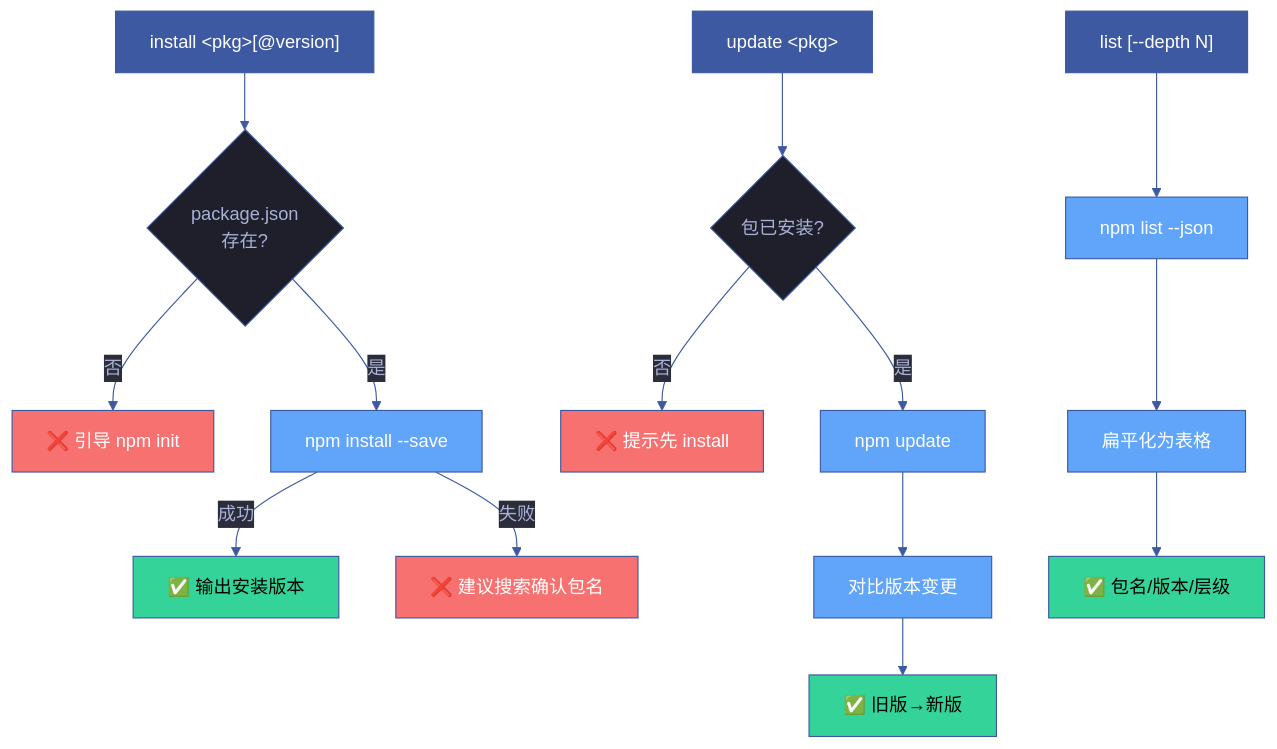
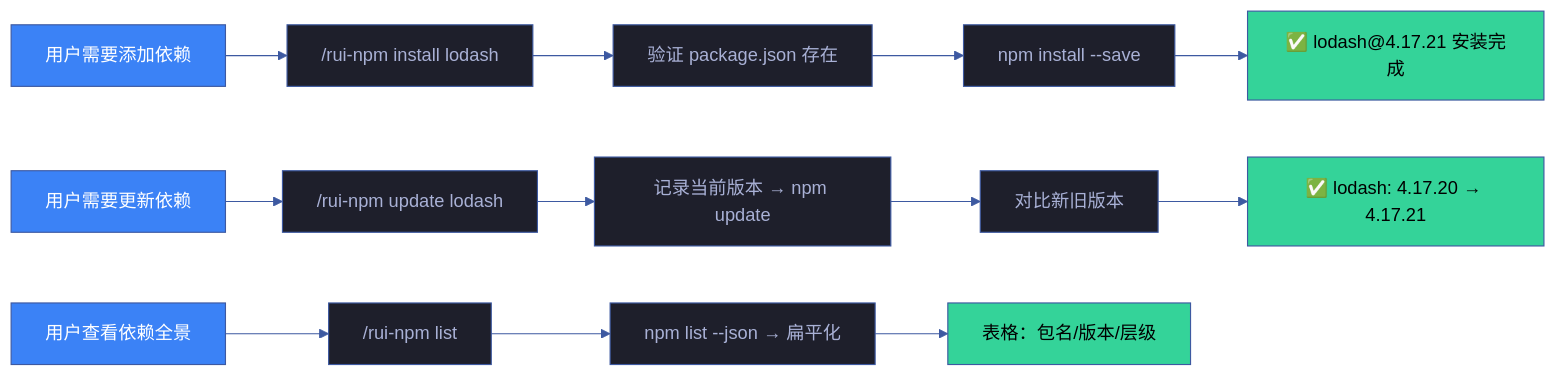
Before and after one commit to effiy/YrY: the first of 3 diagrams in docs/故事任务面板/rui-npm/场景-2-包安装与版本管理/场景-2-包安装与版本管理.md, drawn with Mermaid. The commit also changed other lines of this file and 49 other files, not shown here.

````diff
--- a/docs/故事任务面板/rui-npm/场景-2-包安装与版本管理/场景-2-包安装与版本管理.md
+++ b/docs/故事任务面板/rui-npm/场景-2-包安装与版本管理/场景-2-包安装与版本管理.md
@@ -9,31 +37,27 @@
 ```mermaid
 %%{init: {'theme': 'base', 'themeVariables': {
   'primaryColor': '#1e1f2b',
   'primaryTextColor': '#a9b1d6',
   'primaryBorderColor': '#3d59a1',
   'lineColor': '#3d59a1',
   'secondaryColor': '#2b2d3b',
   'tertiaryColor': '#21232f'
 }}}%%
-flowchart TD
-    INSTALL["install &lt;pkg&gt;[@version]"]:::src --> CHECK_PKG{"package.json<br/>存在?"}
-    CHECK_PKG -->|"否"| ERR1["❌ 引导 npm init"]:::error
-    CHECK_PKG -->|"是"| NPM_INSTALL["npm install --save"]:::action
-    NPM_INSTALL -->|"成功"| DONE1["✅ 输出安装版本"]:::out
-    NPM_INSTALL -->|"失败"| ERR2["❌ 建议搜索确认包名"]:::error
+flowchart LR
+    Q1["用户需要添加依赖"]:::user --> I1["/rui-npm install lodash"]
+    I1 --> I2["验证 package.json 存在"]
+    I2 --> I3["npm install --save"]
+    I3 --> R1["✅ lodash@4.17.21 安装完成"]:::done
 
-    UPDATE["update &lt;pkg&gt;"]:::src --> CHECK_INST{"包已安装?"}
-    CHECK_INST -->|"否"| ERR3["❌ 提示先 install"]:::error
-    CHECK_INST -->|"是"| NPM_UPDATE["npm update"]:::action
-    NPM_UPDATE --> DIFF["对比版本变更"]:::action
-    DIFF --> DONE2["✅ 旧版→新版"]:::out
+    Q2["用户需要更新依赖"]:::user --> U1["/rui-npm update lodash"]
+    U1 --> U2["记录当前版本 → npm update"]
+    U2 --> U3["对比新旧版本"]
+    U3 --> R2["✅ lodash: 4.17.20 → 4.17.21"]:::done
 
-    LIST["list [--depth N]"]:::src --> NPM_LIST["npm list --json"]:::action
-    NPM_LIST --> FLATTEN["扁平化为表格"]:::action
-    FLATTEN --> DONE3["✅ 包名/版本/层级"]:::out
+    Q3["用户查看依赖全景"]:::user --> L1["/rui-npm list"]
+    L1 --> L2["npm list --json → 扁平化"]
+    L2 --> R3["表格：包名/版本/层级"]:::done
 
-    classDef src fill:#3d59a1,color:#fff
-    classDef action fill:#60a5fa,color:#fff
-    classDef out fill:#34d399,color:#000
-    classDef error fill:#f87171,color:#fff
+    classDef user fill:#3B82F6,color:#fff
+    classDef done fill:#34d399,color:#000
 ```
````
